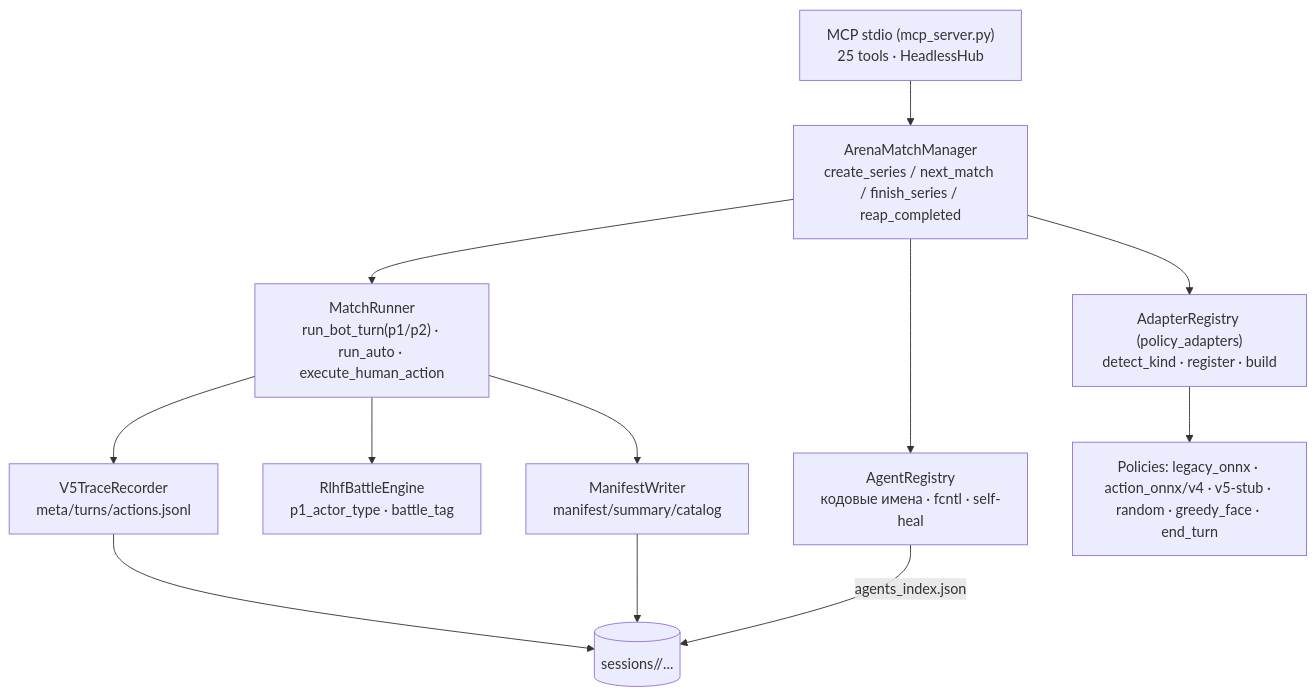
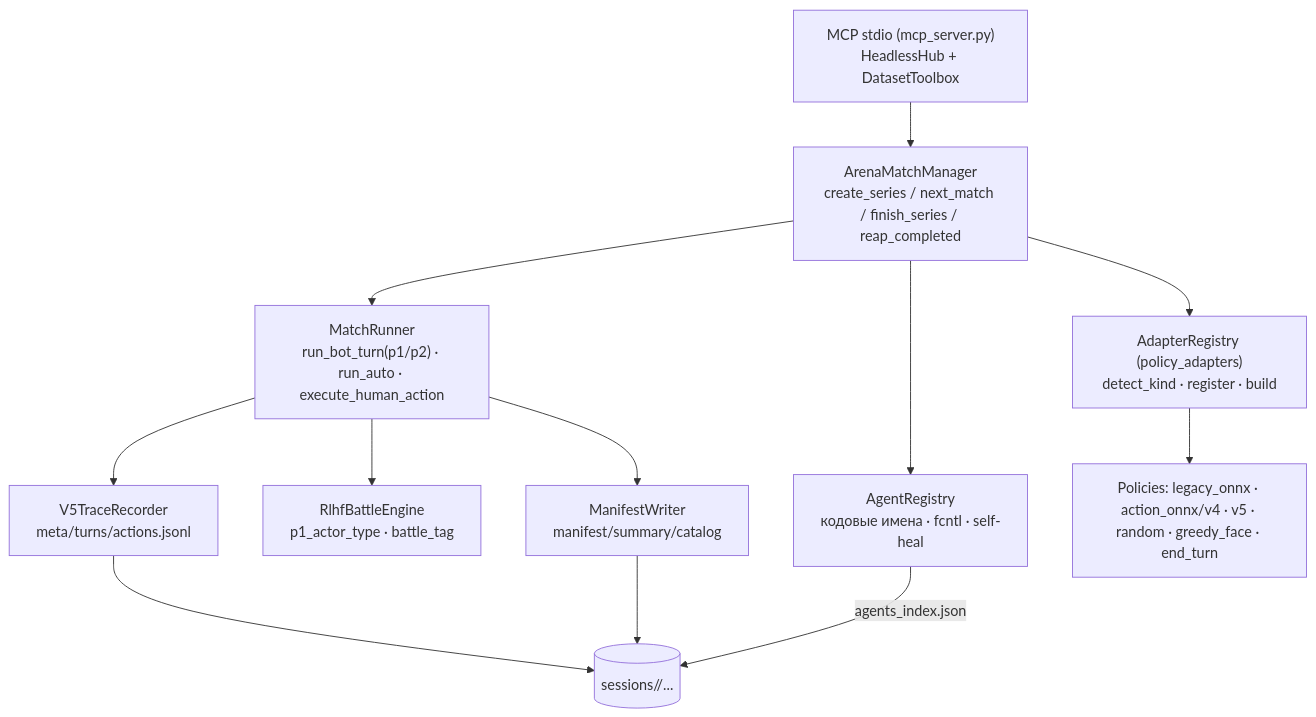
The diagram in rlhf_env/DOCS.md (veceno/extraarena), drawn with Mermaid before and after one commit. The commit also changed other lines of this file and 78 other files, not shown here.

````diff
--- a/rlhf_env/DOCS.md
+++ b/rlhf_env/DOCS.md
@@ -122,22 +123,22 @@
 ```mermaid
 flowchart TD
-  MCP["MCP stdio (mcp_server.py)<br/>25 tools · HeadlessHub"]
+  MCP["MCP stdio (mcp_server.py)<br/>HeadlessHub + DatasetToolbox"]
   MGR["ArenaMatchManager<br/>create_series / next_match / finish_series / reap_completed"]
   AR["AgentRegistry<br/>кодовые имена · fcntl · self-heal"]
   ADAP["AdapterRegistry (policy_adapters)<br/>detect_kind · register · build"]
   RUN["MatchRunner<br/>run_bot_turn(p1/p2) · run_auto · execute_human_action"]
   ENG["RlhfBattleEngine<br/>p1_actor_type · battle_tag"]
   V5["V5TraceRecorder<br/>meta/turns/actions.jsonl"]
   MAN["ManifestWriter<br/>manifest/summary/catalog"]
-  POL["Policies: legacy_onnx · action_onnx/v4 · v5-stub · random · greedy_face · end_turn"]
+  POL["Policies: legacy_onnx · action_onnx/v4 · v5 · random · greedy_face · end_turn"]
   DISK[("sessions/<group>/...")]
 
   MCP --> MGR
   MGR --> AR
   MGR --> ADAP --> POL
   MGR --> RUN
   RUN --> ENG
   RUN --> V5 --> DISK
   RUN --> MAN --> DISK
   AR -->|agents_index.json| DISK
 ```
````
